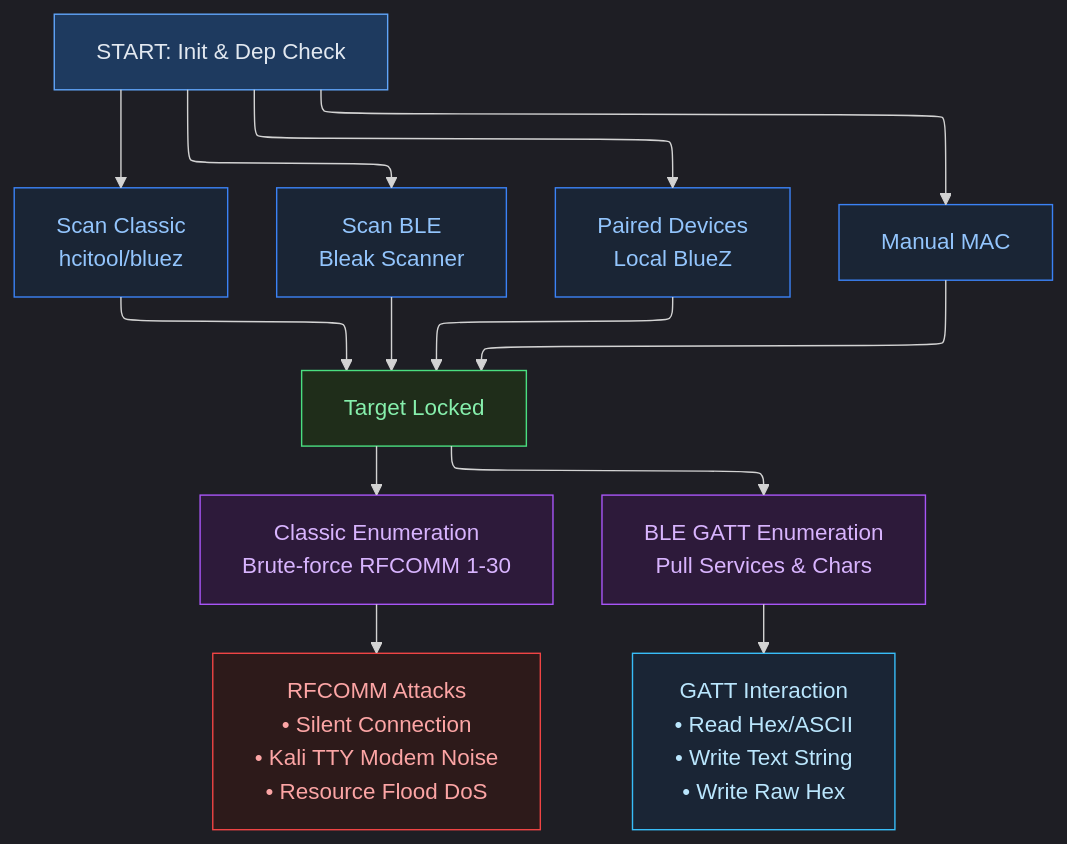
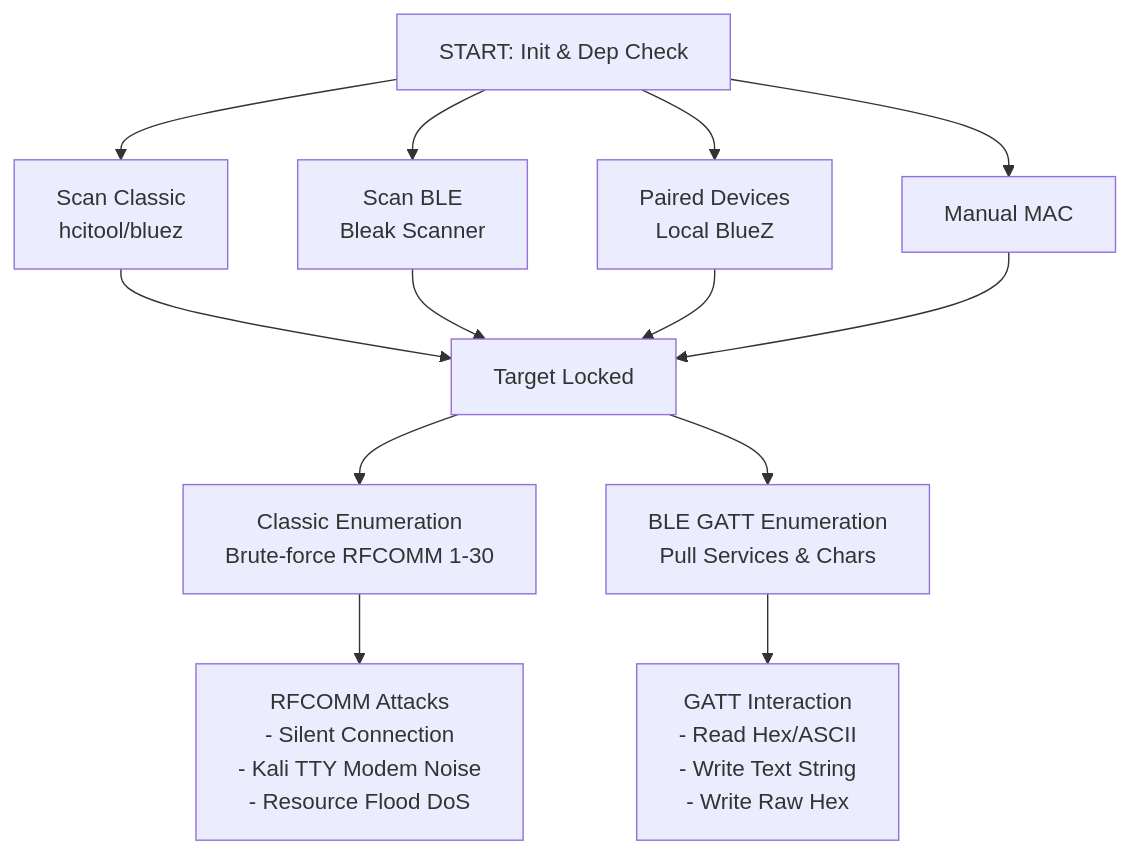
Before and after one commit to threadpoolx/DissPair: the diagram in README.md, drawn with Mermaid.

````diff
--- a/README.md
+++ b/README.md
@@ -96,28 +96,11 @@
 ```mermaid
----
-config:
-  theme: dark
-  look: classic
-  layout: elk
----
 flowchart TB
     Start["START: Init & Dep Check"] --> ScanClassic["Scan Classic\nhcitool/bluez"] & ScanBLE["Scan BLE\nBleak Scanner"] & PairedDevices["Paired Devices\nLocal BlueZ"] & ManualMAC["Manual MAC"]
     ScanClassic --> TargetLocked["Target Locked"]
     ScanBLE --> TargetLocked
     PairedDevices --> TargetLocked
     ManualMAC --> TargetLocked
     TargetLocked --> ClassicEnum["Classic Enumeration\nBrute-force RFCOMM 1-30"] & BLEEnum["BLE GATT Enumeration\nPull Services & Chars"]
-    ClassicEnum --> ClassicAttacks["RFCOMM Attacks\n• Silent Connection\n• Kali TTY Modem Noise\n• Resource Flood DoS"]
-    BLEEnum --> BLEAttacks["GATT Interaction\n• Read Hex/ASCII\n• Write Text String\n• Write Raw Hex"]
-
-    style Start fill:#1e3a5f,stroke:#60a5fa,color:#e2e8f0
-    style ScanClassic fill:#1a2535,stroke:#3b82f6,color:#93c5fd
-    style ScanBLE fill:#1a2535,stroke:#3b82f6,color:#93c5fd
-    style PairedDevices fill:#1a2535,stroke:#3b82f6,color:#93c5fd
-    style ManualMAC fill:#1a2535,stroke:#3b82f6,color:#93c5fd
-    style TargetLocked fill:#1f2d1a,stroke:#4ade80,color:#86efac
-    style ClassicEnum fill:#2d1a3a,stroke:#a855f7,color:#d8b4fe
-    style BLEEnum fill:#2d1a3a,stroke:#a855f7,color:#d8b4fe
-    style ClassicAttacks fill:#2d1a1a,stroke:#ef4444,color:#fca5a5
-    style BLEAttacks fill:#1a2535,stroke:#38bdf8,color:#bae6fd
+    ClassicEnum --> ClassicAttacks["RFCOMM Attacks\n- Silent Connection\n- Kali TTY Modem Noise\n- Resource Flood DoS"]
+    BLEEnum --> BLEAttacks["GATT Interaction\n- Read Hex/ASCII\n- Write Text String\n- Write Raw Hex"]
 ```
````
